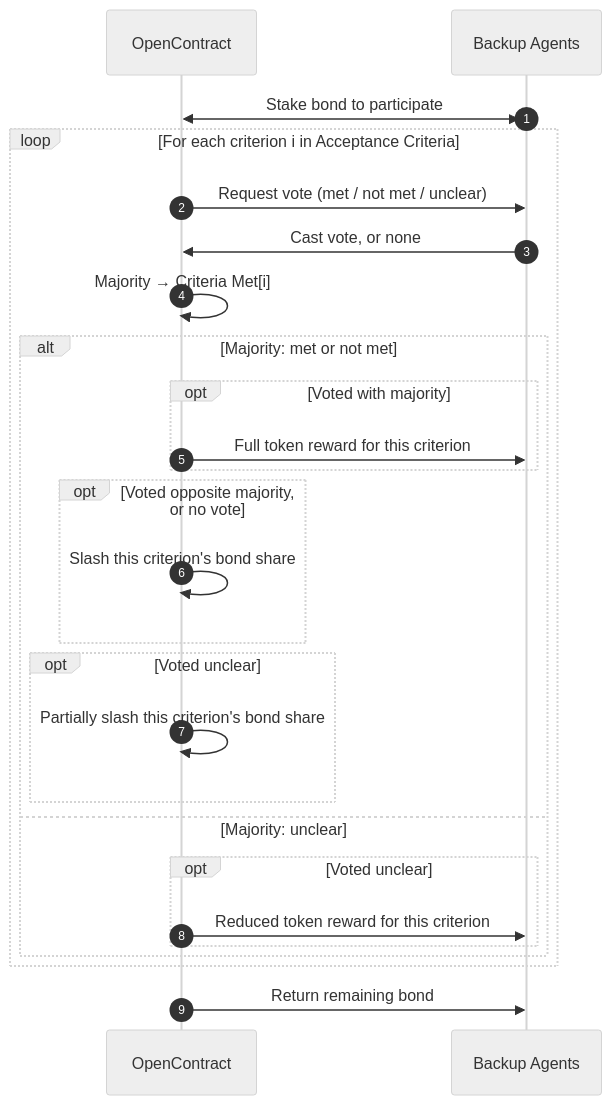
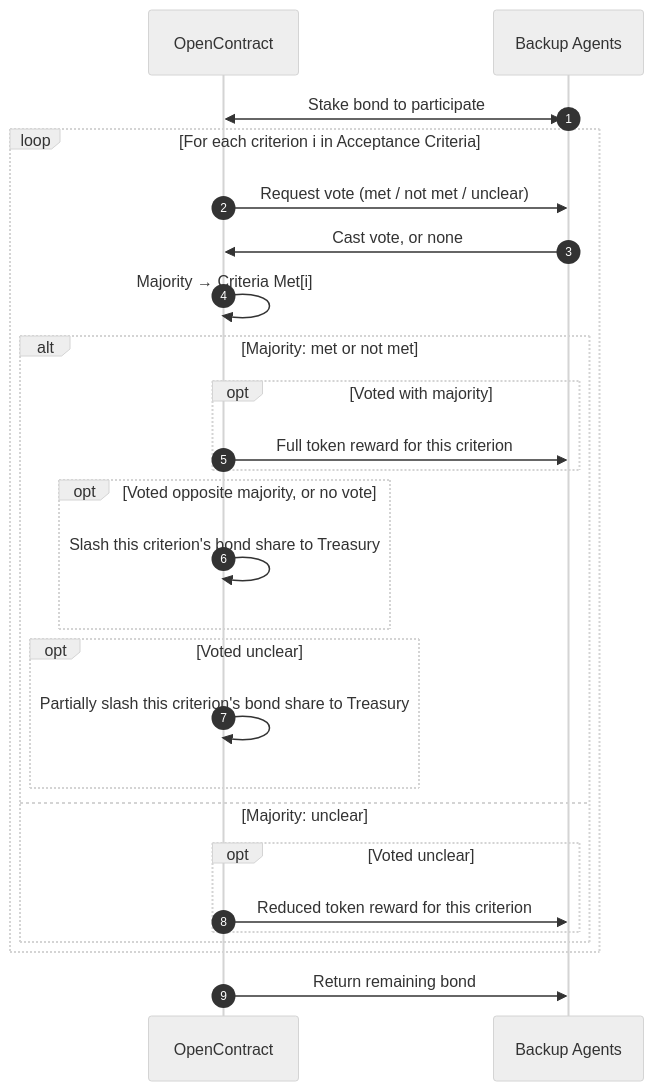
One commit to ronming1303/open-contract changed the diagram in docs/core-concepts/consensus.mdx. Above: the diagram before and after it, drawn with Mermaid (neutral theme). The commit also changed other lines of this file and 2 other files, not shown here.

First line of the commit message:
Flesh out OpenContract Protocol page: Structure, Treasury, and Tokenomics

````diff
--- a/docs/core-concepts/consensus.mdx
+++ b/docs/core-concepts/consensus.mdx
@@ -36,31 +36,31 @@
 ```mermaid
 sequenceDiagram
     autonumber
     participant OC as OpenContract
     participant BA as Backup Agents
 
     BA<<->>OC: Stake bond to participate
 
     loop For each criterion i in Acceptance Criteria
         OC->>BA: Request vote (met / not met / unclear)
         BA->>OC: Cast vote, or none
         OC->>OC: Majority → Criteria Met[i]
         alt Majority: met or not met
             opt Voted with majority
                 OC->>BA: Full token reward for this criterion
             end
             opt Voted opposite majority, or no vote
-                OC->>OC: Slash this criterion's bond share
+                OC->>OC: Slash this criterion's bond share to Treasury
             end
             opt Voted unclear
-                OC->>OC: Partially slash this criterion's bond share
+                OC->>OC: Partially slash this criterion's bond share to Treasury
             end
         else Majority: unclear
             opt Voted unclear
                 OC->>BA: Reduced token reward for this criterion
             end
         end
     end
 
     OC->>BA: Return remaining bond
 ```
````
